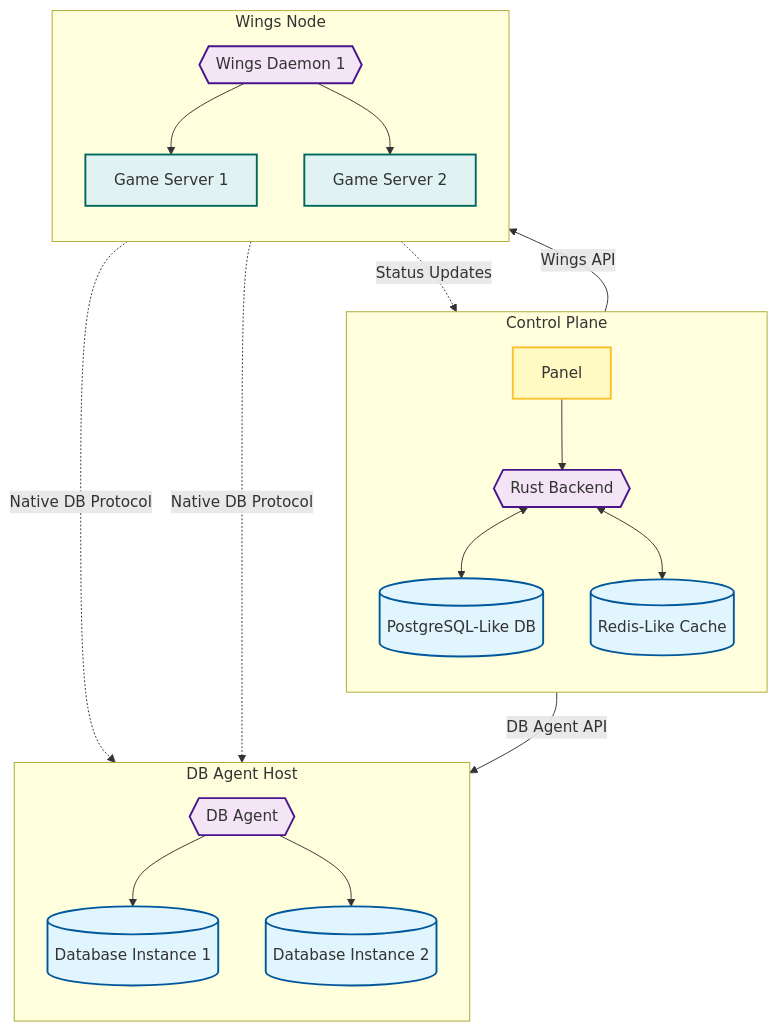
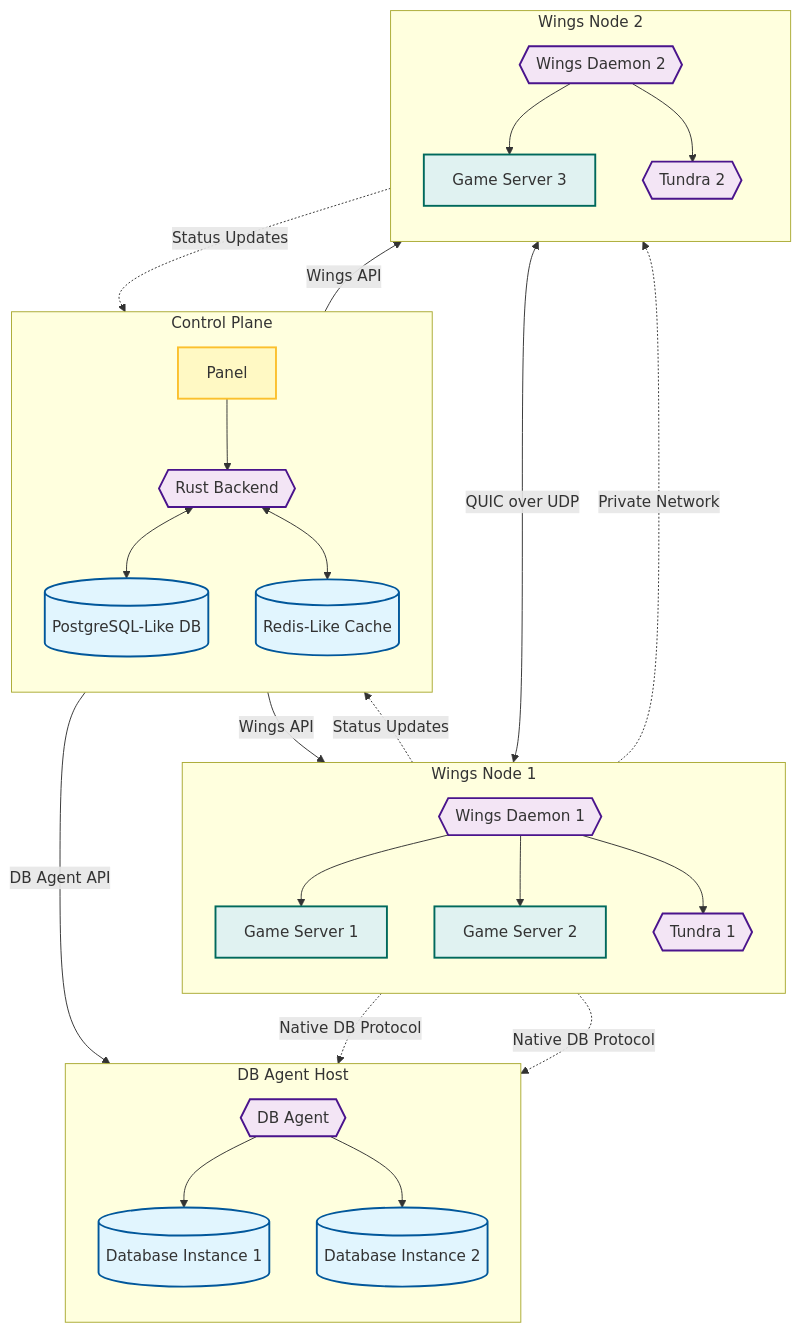
The second of 3 diagrams in web/docs/about/architecture.md (calagopus/website), drawn with Mermaid before and after one commit. The commit also changed other lines of this file, not shown here.

Commit message:
add tundra to architecture docs

````diff
--- a/web/docs/about/architecture.md
+++ b/web/docs/about/architecture.md
@@ -59,46 +71,60 @@
 ```mermaid
 graph TD
   classDef storage fill:#e1f5fe,stroke:#01579b,stroke-width:2px;
   classDef logic fill:#f3e5f5,stroke:#4a148c,stroke-width:2px;
   classDef front fill:#fff9c4,stroke:#fbc02d,stroke-width:2px;
   classDef server fill:#e0f2f1,stroke:#00695c,stroke-width:2px;
 
   %% Core System Subgraph
   subgraph Core [Control Plane]
     direction TB
     Panel[Panel]:::front
     Backend{{Rust Backend}}:::logic
     DB[(PostgreSQL-Like DB)]:::storage
     Cache[(Redis-Like Cache)]:::storage
 
     Panel --> Backend
     Backend <--> DB
     Backend <--> Cache
   end
 
-  %% Remote Node Subgraph
-  subgraph Node1 [Wings Node]
+  %% Remote Node Subgraphs
+  subgraph Node1 [Wings Node 1]
     direction TB
     Wings{{Wings Daemon 1}}:::logic
+    Tundra1{{Tundra 1}}:::logic
     GS1[Game Server 1]:::server
     GS2[Game Server 2]:::server
 
     Wings --> GS1 & GS2
+    Wings --> Tundra1
+  end
+
+  subgraph Node3 [Wings Node 2]
+    direction TB
+    Wings2{{Wings Daemon 2}}:::logic
+    Tundra2{{Tundra 2}}:::logic
+    GS3[Game Server 3]:::server
+
+    Wings2 --> GS3
+    Wings2 --> Tundra2
   end
 
   %% DB Agent Host Subgraph
   subgraph Node2 [DB Agent Host]
     direction TB
     DBAgent{{DB Agent}}:::logic
     DBI1[(Database Instance 1)]:::storage
     DBI2[(Database Instance 2)]:::storage
 
     DBAgent --> DBI1 & DBI2
   end
 
   %% Cross-System Connections
-  Backend -->|Wings API| Wings
-  Wings -.->|Status Updates| Panel
+  Backend -->|Wings API| Wings & Wings2
+  Wings & Wings2 -.->|Status Updates| Panel
   Backend -->|DB Agent API| DBAgent
   GS1 & GS2 -.->|Native DB Protocol| DBAgent
+  Tundra1 <-->|QUIC over UDP| Tundra2
+  GS1 -.->|Private Network| GS3
 ```
````
